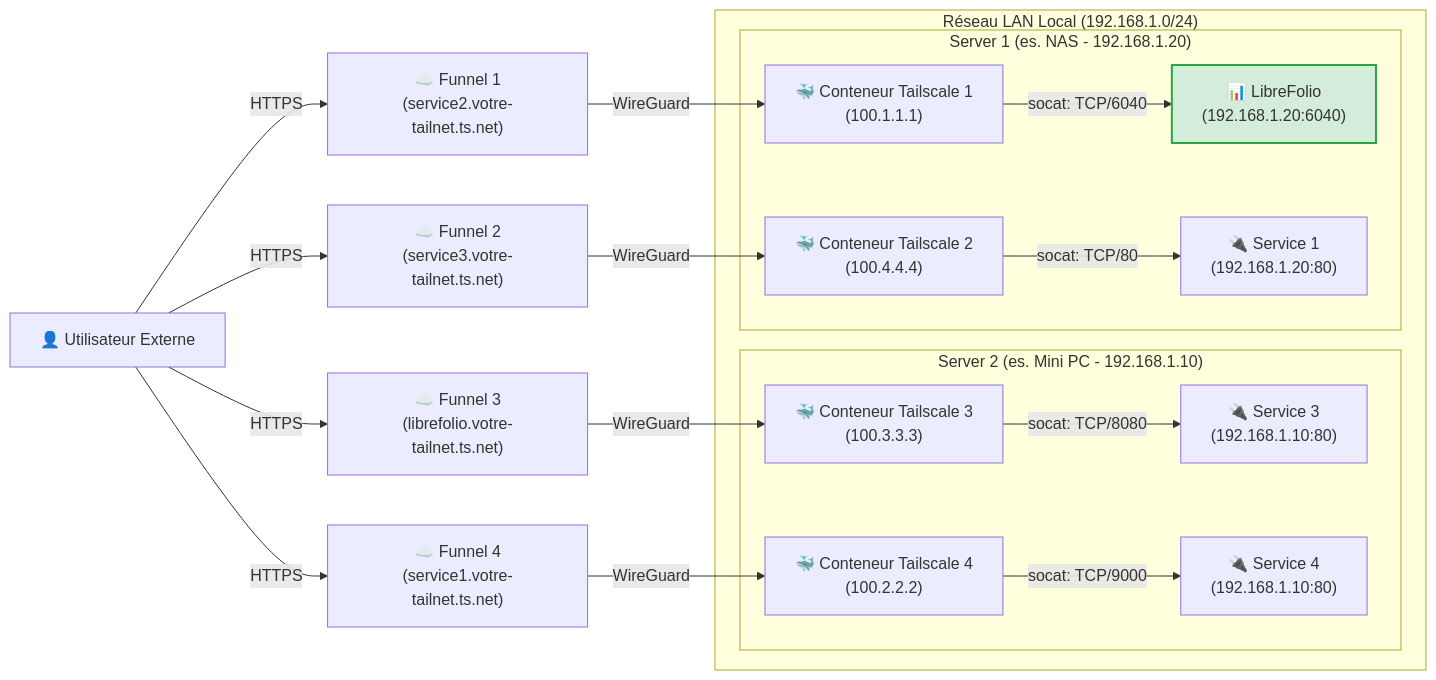
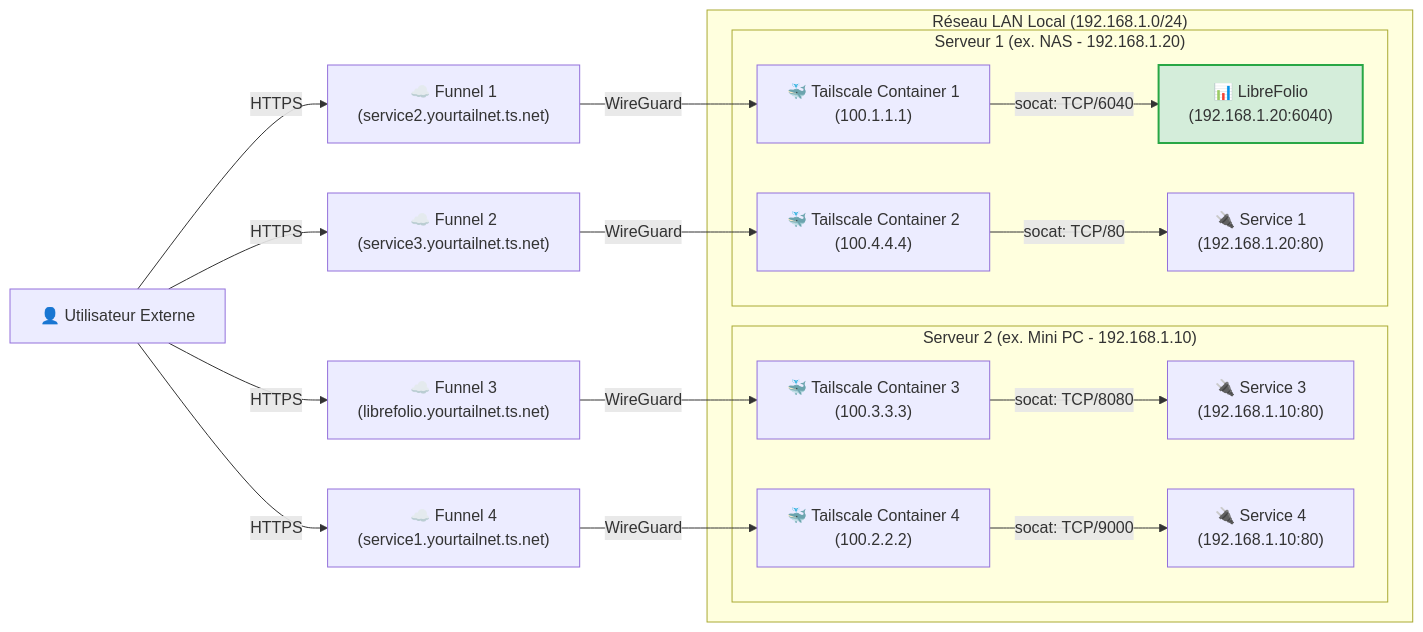
Before and after one commit to Librefolio/LibreFolio: the fifth of 5 diagrams in mkdocs_src/docs/admin/tailscale_exposure.fr.md, drawn with Mermaid. The commit also changed other lines of this file and 13 other files, not shown here.

````diff
--- a/mkdocs_src/docs/admin/tailscale_exposure.fr.md
+++ b/mkdocs_src/docs/admin/tailscale_exposure.fr.md
@@ -376,24 +376,24 @@
 ```mermaid
 graph LR
-    User["👤 Utilisateur Externe"] -->|HTTPS| Funnel1["☁️ Funnel 1<br>(service2.votre-tailnet.ts.net)"]
-    User -->|HTTPS| Funnel2["☁️ Funnel 2<br>(service3.votre-tailnet.ts.net)"]
-    User -->|HTTPS| Funnel3["☁️ Funnel 3<br>(librefolio.votre-tailnet.ts.net)"]
-    User -->|HTTPS| Funnel4["☁️ Funnel 4<br>(service1.votre-tailnet.ts.net)"]
-    
-    Funnel1 -->|WireGuard| TSC1["🐳 Conteneur Tailscale 1<br>(100.1.1.1)"]
-    Funnel2 -->|WireGuard| TSC2["🐳 Conteneur Tailscale 2<br>(100.4.4.4)"]
-    Funnel3 -->|WireGuard| TSC3["🐳 Conteneur Tailscale 3<br>(100.3.3.3)"]
-    Funnel4 -->|WireGuard| TSC4["🐳 Conteneur Tailscale 4<br>(100.2.2.2)"]
-    
-    subgraph LAN ["Réseau LAN Local (192.168.1.0/24)"]
-        subgraph Host2 ["Server 2 (es. Mini PC - 192.168.1.10)"]
-            TSC3 -->|socat: TCP/8080| Servizio3["🔌 Service 3<br>(192.168.1.10:80)"]
-            TSC4 -->|socat: TCP/9000| Servizio4["🔌 Service 4<br>(192.168.1.10:80)"]
-        end
-        subgraph Host1 ["Server 1 (es. NAS - 192.168.1.20)"]
-            TSC1 -->|socat: TCP/6040| LibreFolio["📊 LibreFolio<br>(192.168.1.20:6040)"]
-            TSC2 -->|socat: TCP/80| Servizio1["🔌 Service 1<br>(192.168.1.20:80)"]
-        end
-    end
-    style LibreFolio fill:#d4edda,stroke:#28a745,stroke-width:2px;
+ User["👤 Utilisateur Externe"] -->|HTTPS| Funnel1["☁️ Funnel 1<br>(service2.yourtailnet.ts.net)"]
+ User -->|HTTPS| Funnel2["☁️ Funnel 2<br>(service3.yourtailnet.ts.net)"]
+ User -->|HTTPS| Funnel3["☁️ Funnel 3<br>(librefolio.yourtailnet.ts.net)"]
+ User -->|HTTPS| Funnel4["☁️ Funnel 4<br>(service1.yourtailnet.ts.net)"]
+ 
+ Funnel1 -->|WireGuard| TSC1["🐳 Tailscale Container 1<br>(100.1.1.1)"]
+ Funnel2 -->|WireGuard| TSC2["🐳 Tailscale Container 2<br>(100.4.4.4)"]
+ Funnel3 -->|WireGuard| TSC3["🐳 Tailscale Container 3<br>(100.3.3.3)"]
+ Funnel4 -->|WireGuard| TSC4["🐳 Tailscale Container 4<br>(100.2.2.2)"]
+ 
+ subgraph LAN ["Réseau LAN Local (192.168.1.0/24)"]
+ subgraph Host2 ["Serveur 2 (ex. Mini PC - 192.168.1.10)"]
+ TSC3 -->|socat: TCP/8080| Service3["🔌 Service 3<br>(192.168.1.10:80)"]
+ TSC4 -->|socat: TCP/9000| Service4["🔌 Service 4<br>(192.168.1.10:80)"]
+ end
+ subgraph Host1 ["Serveur 1 (ex. NAS - 192.168.1.20)"]
+ TSC1 -->|socat: TCP/6040| LibreFolio["📊 LibreFolio<br>(192.168.1.20:6040)"]
+ TSC2 -->|socat: TCP/80| Service1["🔌 Service 1<br>(192.168.1.20:80)"]
+ end
+ end
+ style LibreFolio fill:#d4edda,stroke:#28a745,stroke-width:2px;
 ```
````
